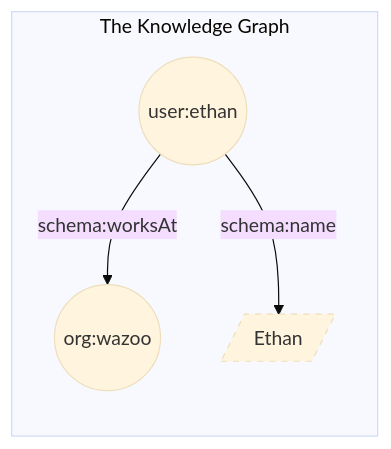
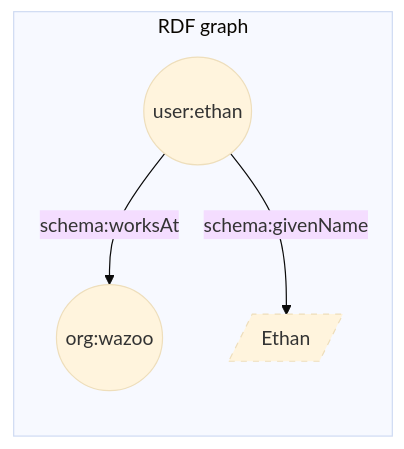
Before and after one commit to wazootech/worlds: the third of 3 diagrams in packages/docs/worlds/index.mdx, drawn with Mermaid (base theme). The commit also changed other lines of this file and 7 other files, not shown here.

````diff
--- a/packages/docs/worlds/index.mdx
+++ b/packages/docs/worlds/index.mdx
@@ -94,8 +93,8 @@
 ```mermaid
 graph LR
-    subgraph "The Knowledge Graph"
+    subgraph "RDF graph"
     A((user:ethan)) -->|schema:worksAt| B((org:wazoo))
-    A -->|schema:name| C[/"Ethan"/]
+    A -->|schema:givenName| C[/"Ethan"/]
     end
     style C stroke-dasharray: 5 5
 ```
````
